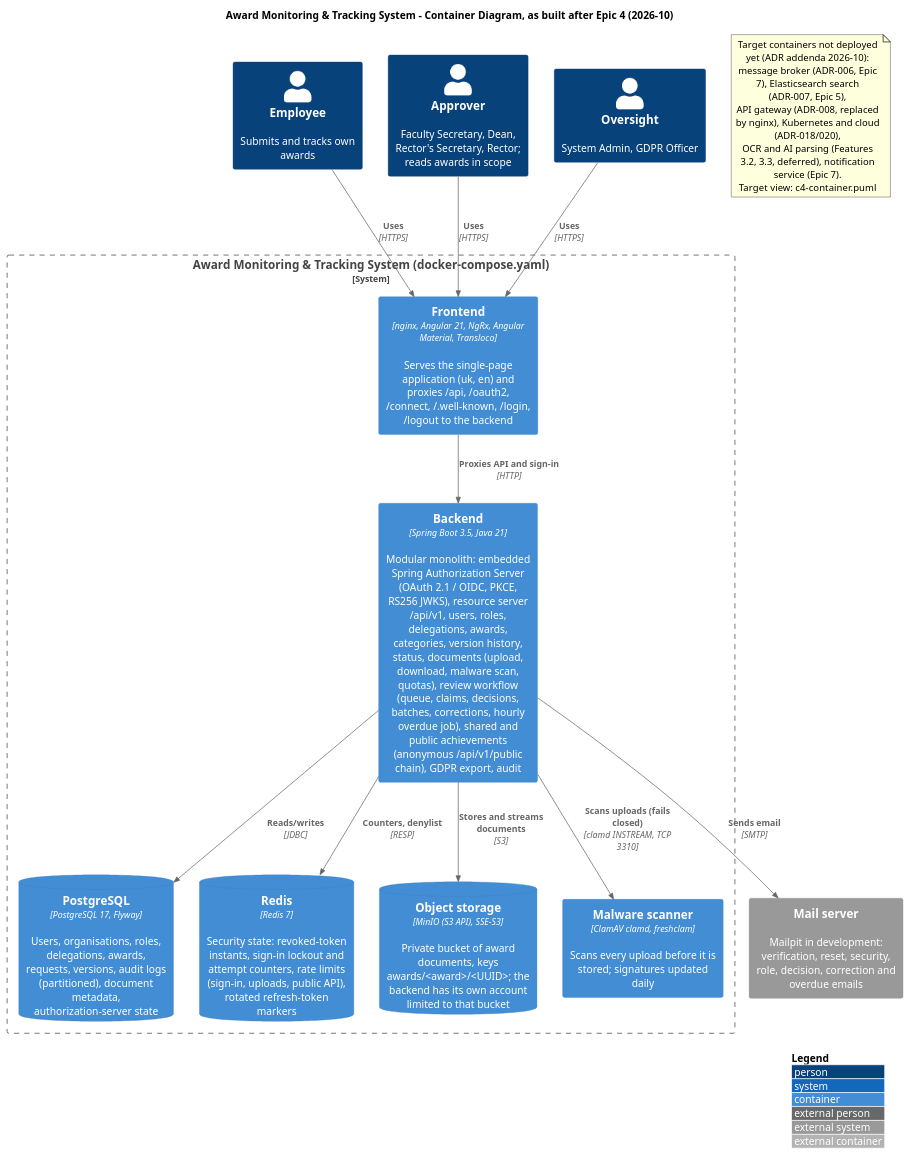
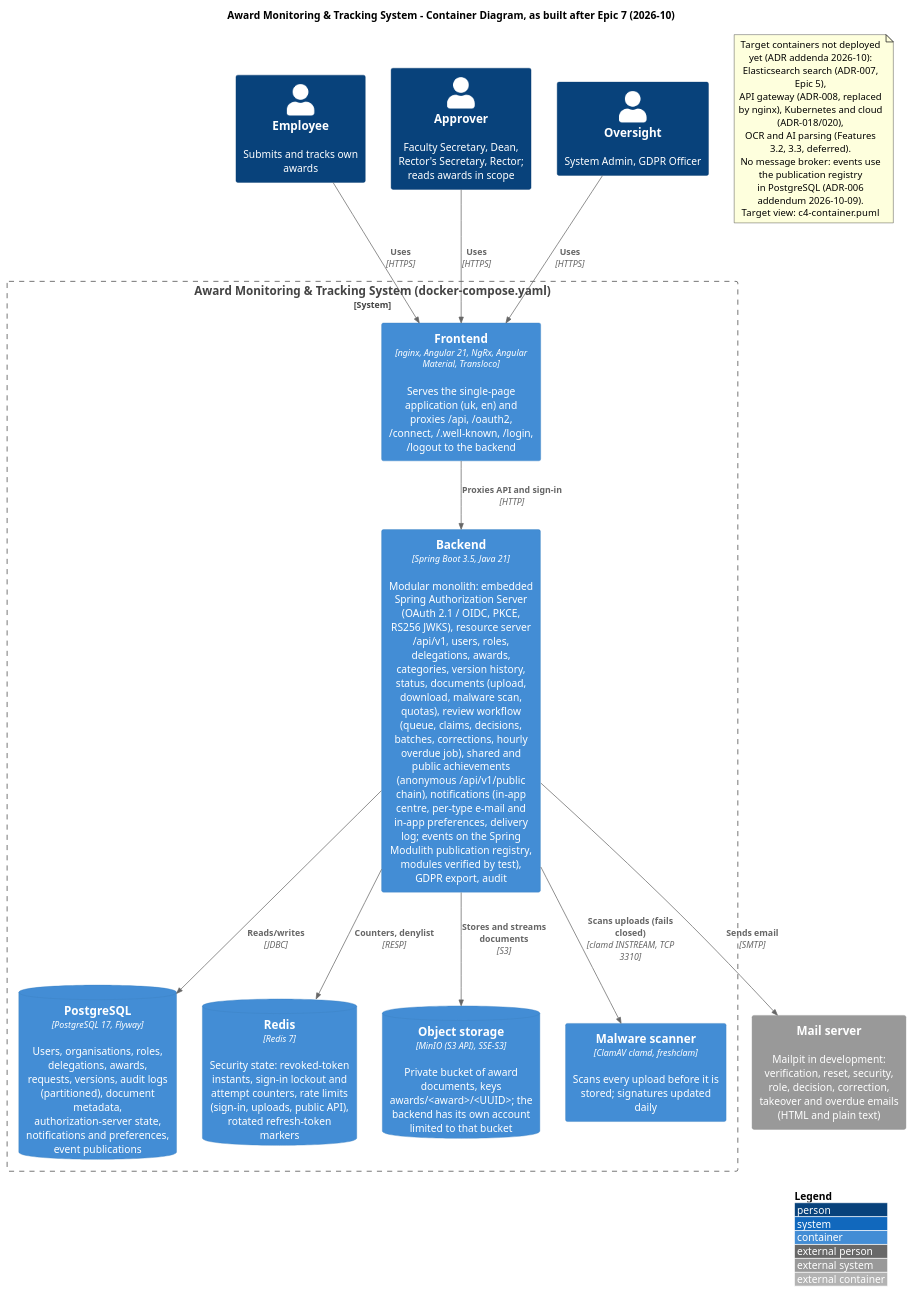
Before and after one commit to StKostyk/award-monitoring-system: the diagram in docs/diagrams/c4-container-as-built.puml, drawn with PlantUML. The commit also changed 19 other files, not shown here.

First line of the commit message:
docs(epic-07): synchronise documents, diagrams and Ukrainian copies with the shipped code

```diff
--- a/docs/diagrams/c4-container-as-built.puml
+++ b/docs/diagrams/c4-container-as-built.puml
@@ -1,45 +1,47 @@
 @startuml C4_Container_As_Built
 !include https://raw.githubusercontent.com/plantuml-stdlib/C4-PlantUML/master/C4_Container.puml
 
-title Award Monitoring & Tracking System - Container Diagram, as built after Epic 4 (2026-10)
+title Award Monitoring & Tracking System - Container Diagram, as built after Epic 7 (2026-10)
 
 LAYOUT_WITH_LEGEND()
 
 Person(employee, "Employee", "Submits and tracks own awards")
 Person(reviewer, "Approver", "Faculty Secretary, Dean, Rector's Secretary, Rector; reads awards in scope")
 Person(admin, "Oversight", "System Admin, GDPR Officer")
 
 System_Boundary(award_system, "Award Monitoring & Tracking System (docker-compose.yaml)") {
 
     Container(frontend, "Frontend", "nginx, Angular 21, NgRx, Angular Material, Transloco", "Serves the single-page application (uk, en) and proxies /api, /oauth2, /connect, /.well-known, /login, /logout to the backend")
 
-    Container(backend, "Backend", "Spring Boot 3.5, Java 21", "Modular monolith: embedded Spring Authorization Server (OAuth 2.1 / OIDC, PKCE, RS256 JWKS), resource server /api/v1, users, roles, delegations, awards, categories, version history, status, documents (upload, download, malware scan, quotas), review workflow (queue, claims, decisions, batches, corrections, hourly overdue job), shared and public achievements (anonymous /api/v1/public chain), GDPR export, audit")
+    Container(backend, "Backend", "Spring Boot 3.5, Java 21", "Modular monolith: embedded Spring Authorization Server (OAuth 2.1 / OIDC, PKCE, RS256 JWKS), resource server /api/v1, users, roles, delegations, awards, categories, version history, status, documents (upload, download, malware scan, quotas), review workflow (queue, claims, decisions, batches, corrections, hourly overdue job), shared and public achievements (anonymous /api/v1/public chain), notifications (in-app centre, per-type e-mail and in-app preferences, delivery log; events on the Spring Modulith publication registry, modules verified by test), GDPR export, audit")
 
-    ContainerDb(postgres, "PostgreSQL", "PostgreSQL 17, Flyway", "Users, organisations, roles, delegations, awards, requests, versions, audit logs (partitioned), document metadata, authorization-server state")
+    ContainerDb(postgres, "PostgreSQL", "PostgreSQL 17, Flyway", "Users, organisations, roles, delegations, awards, requests, versions, audit logs (partitioned), document metadata, authorization-server state, notifications and preferences, event publications")
     ContainerDb(redis, "Redis", "Redis 7", "Security state: revoked-token instants, sign-in lockout and attempt counters, rate limits (sign-in, uploads, public API), rotated refresh-token markers")
     ContainerDb(minio, "Object storage", "MinIO (S3 API), SSE-S3", "Private bucket of award documents, keys awards/<award>/<UUID>; the backend has its own account limited to that bucket")
     Container(clamav, "Malware scanner", "ClamAV clamd, freshclam", "Scans every upload before it is stored; signatures updated daily")
 }
 
-System_Ext(smtp, "Mail server", "Mailpit in development: verification, reset, security, role, decision, correction and overdue emails")
+System_Ext(smtp, "Mail server", "Mailpit in development: verification, reset, security, role, decision, correction, takeover and overdue emails (HTML and plain text)")
 
 Rel(employee, frontend, "Uses", "HTTPS")
 Rel(reviewer, frontend, "Uses", "HTTPS")
 Rel(admin, frontend, "Uses", "HTTPS")
 Rel(frontend, backend, "Proxies API and sign-in", "HTTP")
 Rel(backend, postgres, "Reads/writes", "JDBC")
 Rel(backend, redis, "Counters, denylist", "RESP")
 Rel(backend, smtp, "Sends email", "SMTP")
 Rel_D(backend, minio, "Stores and streams documents", "S3")
 Rel_D(backend, clamav, "Scans uploads (fails closed)", "clamd INSTREAM, TCP 3310")
 
 
 note as Planned
   Target containers not deployed yet (ADR addenda 2026-10):
-  message broker (ADR-006, Epic 7), Elasticsearch search (ADR-007, Epic 5),
+  Elasticsearch search (ADR-007, Epic 5),
   API gateway (ADR-008, replaced by nginx), Kubernetes and cloud (ADR-018/020),
-  OCR and AI parsing (Features 3.2, 3.3, deferred), notification service (Epic 7).
+  OCR and AI parsing (Features 3.2, 3.3, deferred).
+  No message broker: events use the publication registry
+  in PostgreSQL (ADR-006 addendum 2026-10-09).
   Target view: c4-container.puml
 end note
 
 @enduml
```
